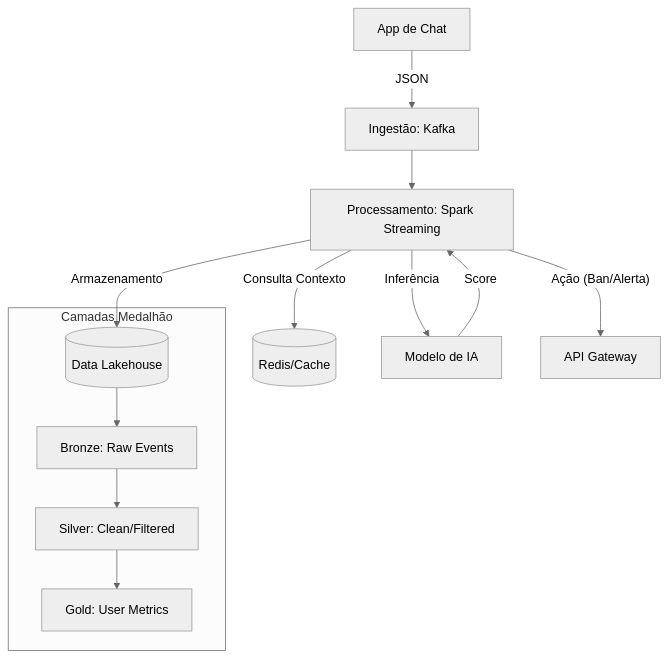
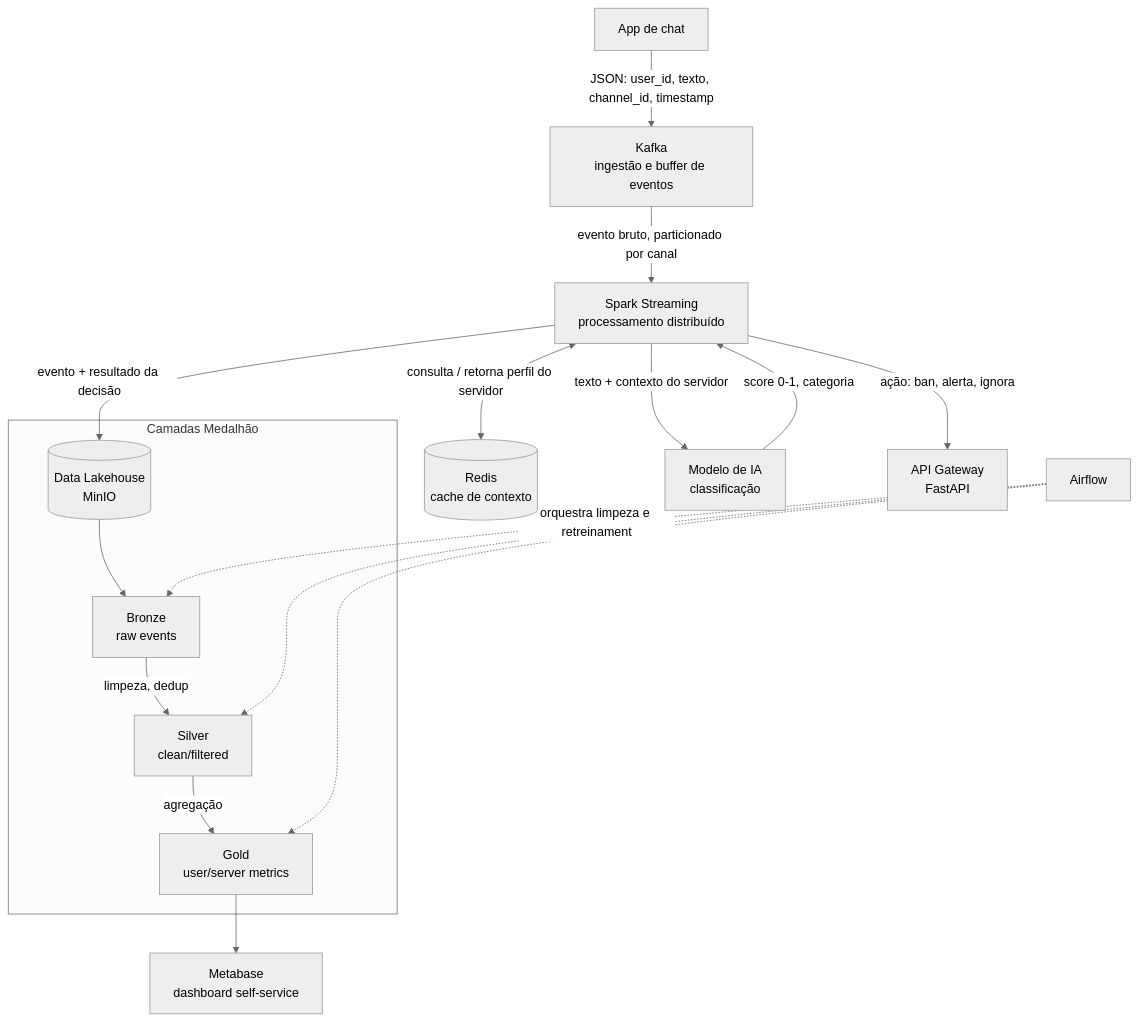
The second of 3 diagrams in README.md (Aleff5/algum-nome), drawn with Mermaid (neutral theme) before and after one commit. The commit also changed other lines of this file, not shown here.

First line of the commit message:
Revise README to clarify project scope and architecture

````diff
--- a/README.md
+++ b/README.md
@@ -63,16 +69,21 @@
 ```mermaid
-graph TD
-    A[App de Chat] -- JSON --> B[Ingestão: Kafka]
-    B --> C[Processamento: Spark Streaming]
-    C -- Consulta Contexto --> D[(Redis/Cache)]
-    C -- Inferência --> E[Modelo de IA]
-    E -- Score --> C
-    C -- "Ação (Ban/Alerta)" --> F[API Gateway]
-    C -- Armazenamento --> G[(Data Lakehouse)]
-    
-    subgraph "Camadas Medalhão"
-        G --> H[Bronze: Raw Events]
-        H --> I[Silver: Clean/Filtered]
-        I --> J[Gold: User Metrics]
-    end
+flowchart TD
+    A[App de chat] -->|JSON: user_id, texto, channel_id, timestamp| B[Kafka<br/>ingestão e buffer de eventos]
+    B -->|evento bruto, particionado por canal| C[Spark Streaming<br/>processamento distribuído]
+    C <-->|consulta / retorna perfil do servidor| D[(Redis<br/>cache de contexto)]
+    C -->|texto + contexto do servidor| E[Modelo de IA<br/>classificação]
+    E -->|score 0-1, categoria| C
+    C -->|ação: ban, alerta, ignora| F[API Gateway<br/>FastAPI]
+    C -->|evento + resultado da decisão| G[(Data Lakehouse<br/>MinIO)]
+
+    subgraph MEDALHAO["Camadas Medalhão"]
+        G --> H[Bronze<br/>raw events]
+        H -->|limpeza, dedup| I[Silver<br/>clean/filtered]
+        I -->|agregação| J[Gold<br/>user/server metrics]
+    end
+
+    J --> K[Metabase<br/>dashboard self-service]
+    L[Airflow] -.orquestra limpeza e retreinamento.-> H
+    L -.-> I
+    L -.-> J
 ```
````
